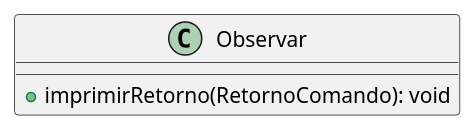
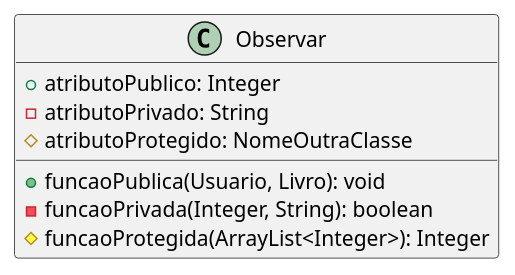
The diagram in diagrama de classes/src puml/src/comando/Observar.puml (angelofelipe/library-system-OOP), drawn with PlantUML before and after one commit. The commit also changed 24 other files, not shown here.

Commit message:
edita diagrama na pasta usuario

```diff
--- a/diagrama de classes/src puml/src/comando/Observar.puml
+++ b/diagrama de classes/src puml/src/comando/Observar.puml
@@ -1,8 +1,13 @@
 @startuml
 
-class Observar  {
+class Observar {
+    + atributoPublico: Integer
+    - atributoPrivado: String
+    # atributoProtegido: NomeOutraClasse
 
-    + imprimirRetorno(RetornoComando): void
+    + funcaoPublica(Usuario, Livro): void
+    - funcaoPrivada(Integer, String): boolean
+    # funcaoProtegida(ArrayList<Integer>): Integer
 }
 
 @enduml
```
